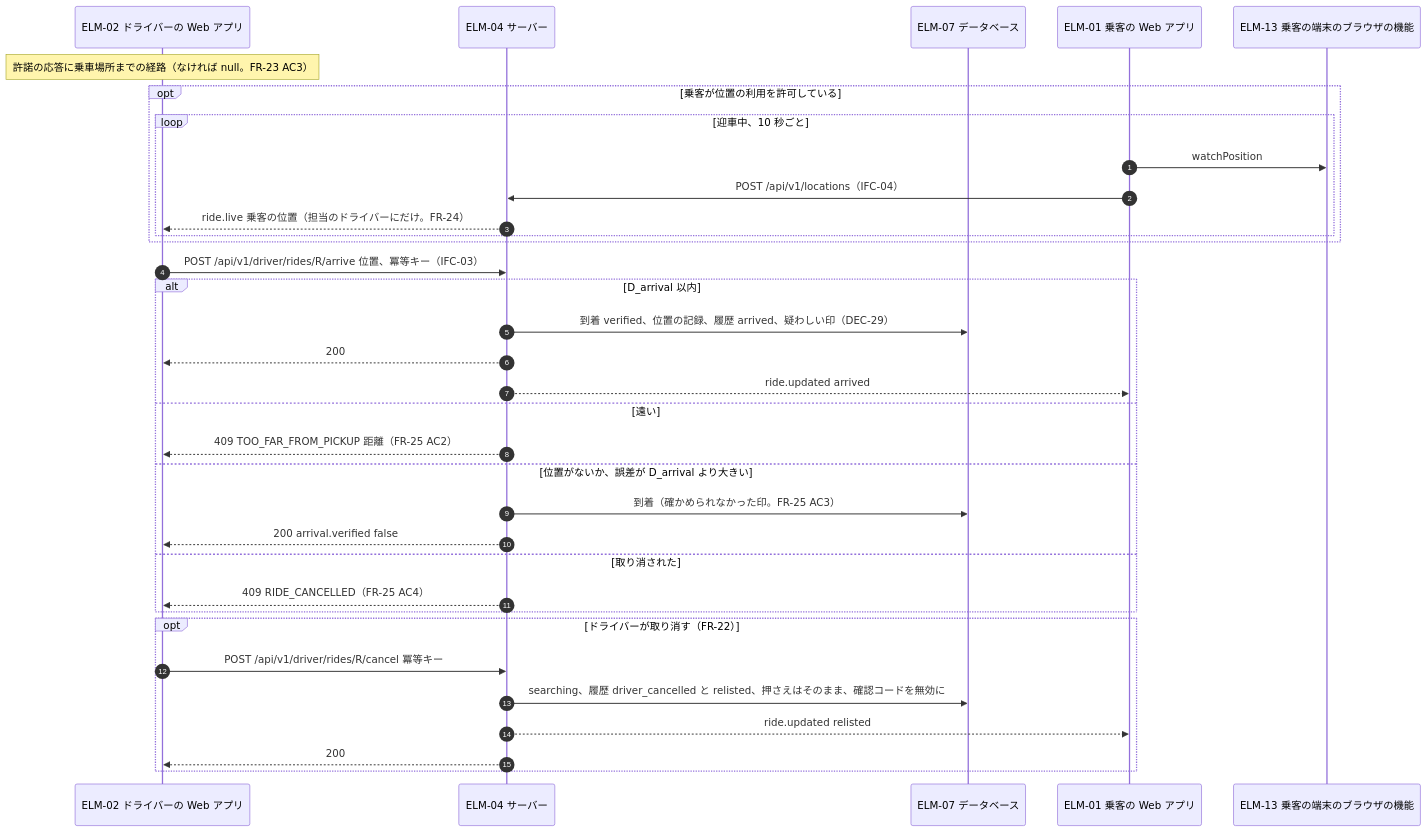
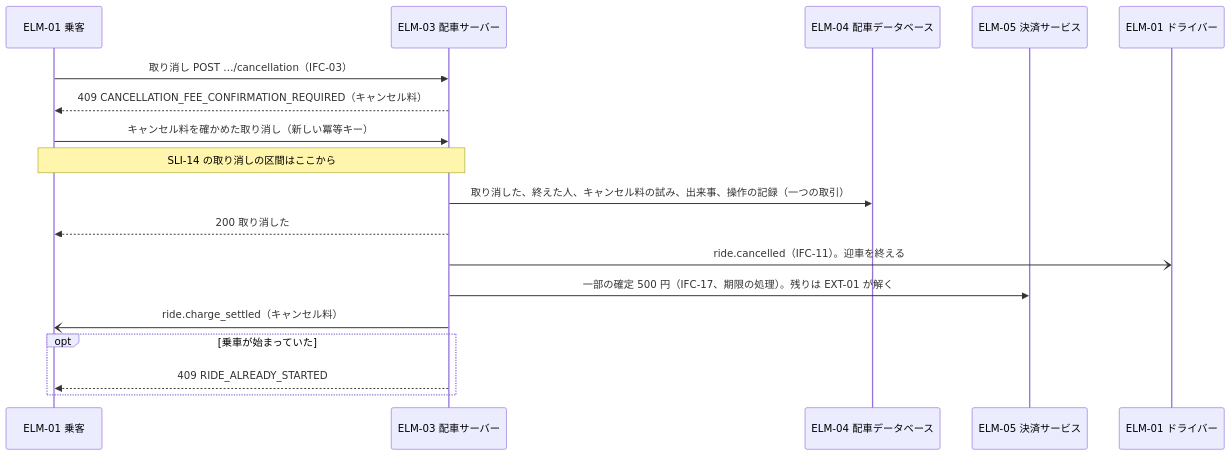
The fifth of 58 diagrams in skills/design-summary-html/evals/ride-hailing-full/files/docs/design/3-high-level-design.md (Taro000/chain-summary-html), drawn with Mermaid before and after one commit. The commit also changed other lines of this file and 1073 other files, not shown here.

````diff
--- a/skills/design-summary-html/evals/ride-hailing-full/files/docs/design/3-high-level-design.md
+++ b/skills/design-summary-html/evals/ride-hailing-full/files/docs/design/3-high-level-design.md
@@ -732,36 +336,20 @@
 ```mermaid
 sequenceDiagram
-  autonumber
-  participant DA as ELM-02 ドライバーの Web アプリ
-  participant SRV as ELM-04 サーバー
-  participant DB as ELM-07 データベース
-  participant PA as ELM-01 乗客の Web アプリ
-  participant BC as ELM-13 乗客の端末のブラウザの機能
-  Note over DA: 許諾の応答に乗車場所までの経路（なければ null。FR-23 AC3）
-  opt 乗客が位置の利用を許可している
-    loop 迎車中、10 秒ごと
-      PA->>BC: watchPosition
-      PA->>SRV: POST /api/v1/locations（IFC-04）
-      SRV-->>DA: ride.live 乗客の位置（担当のドライバーにだけ。FR-24）
-    end
-  end
-  DA->>SRV: POST /api/v1/driver/rides/R/arrive 位置、冪等キー（IFC-03）
-  alt D_arrival 以内
-    SRV->>DB: 到着 verified、位置の記録、履歴 arrived、疑わしい印（DEC-29）
-    SRV-->>DA: 200
-    SRV-->>PA: ride.updated arrived
-  else 遠い
-    SRV-->>DA: 409 TOO_FAR_FROM_PICKUP 距離（FR-25 AC2）
-  else 位置がないか、誤差が D_arrival より大きい
-    SRV->>DB: 到着（確かめられなかった印。FR-25 AC3）
-    SRV-->>DA: 200 arrival.verified false
-  else 取り消された
-    SRV-->>DA: 409 RIDE_CANCELLED（FR-25 AC4）
-  end
-  opt ドライバーが取り消す（FR-22）
-    DA->>SRV: POST /api/v1/driver/rides/R/cancel 冪等キー
-    SRV->>DB: searching、履歴 driver_cancelled と relisted、押さえはそのまま、確認コードを無効に
-    SRV-->>PA: ride.updated relisted
-    SRV-->>DA: 200
+  participant P as ELM-01 乗客
+  participant S as ELM-03 配車サーバー
+  participant DB as ELM-04 配車データベース
+  participant PAY as ELM-05 決済サービス
+  participant D as ELM-01 ドライバー
+  P->>S: 取り消し POST …/cancellation（IFC-03）
+  S-->>P: 409 CANCELLATION_FEE_CONFIRMATION_REQUIRED（キャンセル料）
+  P->>S: キャンセル料を確かめた取り消し（新しい冪等キー）
+  Note over P,S: SLI-14 の取り消しの区間はここから
+  S->>DB: 取り消した、終えた人、キャンセル料の試み、出来事、操作の記録（一つの取引）
+  S-->>P: 200 取り消した
+  S-)D: ride.cancelled（IFC-11）。迎車を終える
+  S->>PAY: 一部の確定 500 円（IFC-17、期限の処理）。残りは EXT-01 が解く
+  S-)P: ride.charge_settled（キャンセル料）
+  opt 乗車が始まっていた
+    S-->>P: 409 RIDE_ALREADY_STARTED
   end
 ```
````
